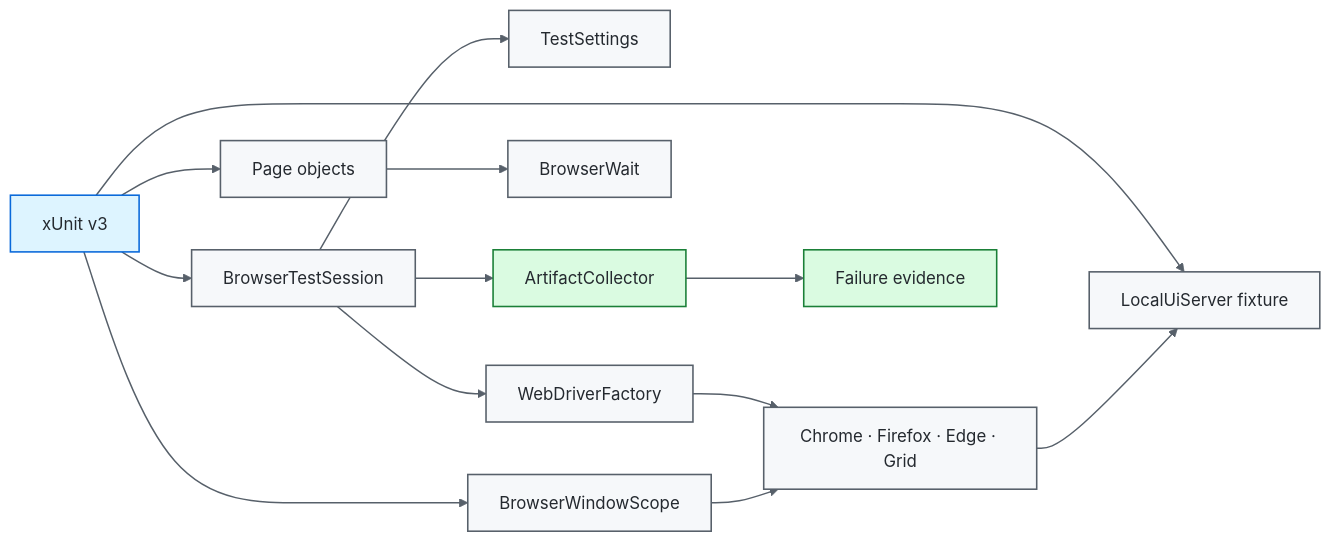
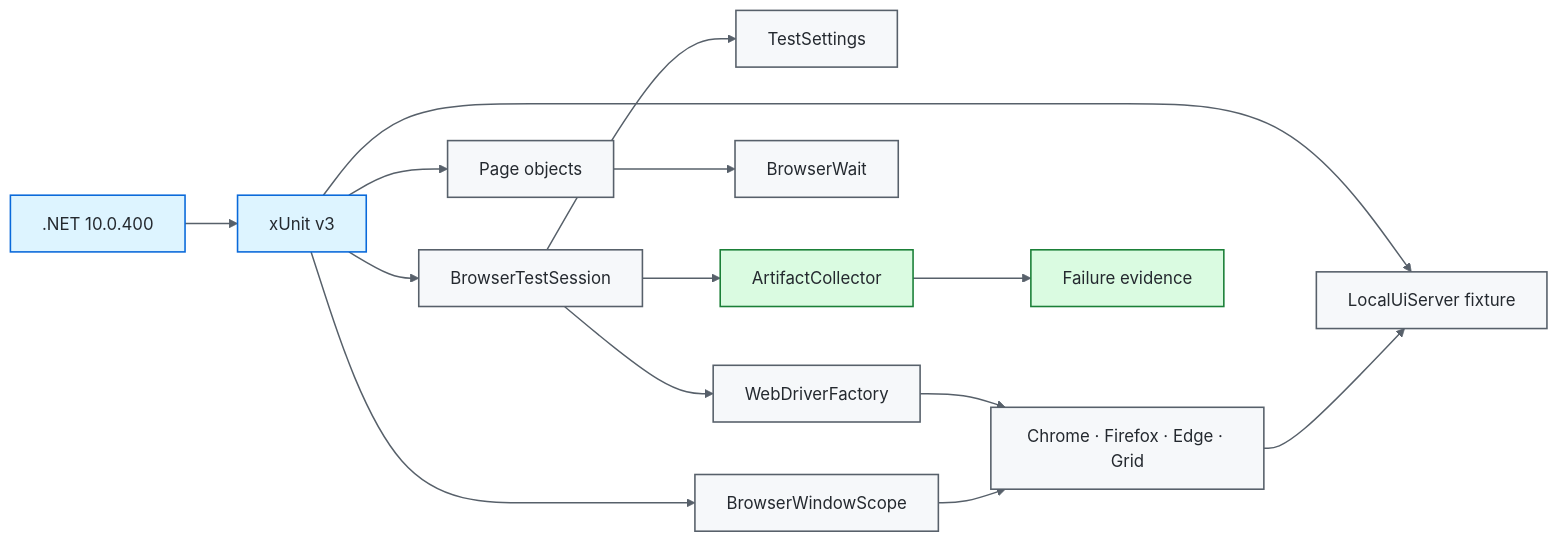
The first of 2 diagrams in README.md (portyu9/qa-automation-dotnet-selenium), drawn with Mermaid before and after one commit. The commit also changed other lines of this file, not shown here.

Commit message:
docs: align Selenium framework with .NET 10 security contract

````diff
--- a/README.md
+++ b/README.md
@@ -39,23 +42,24 @@
 ```mermaid
 flowchart LR
-    TEST[xUnit v3] --> SESSION[BrowserTestSession]
+    SDK[.NET 10.0.400] --> TEST[xUnit v3]
+    TEST --> SESSION[BrowserTestSession]
     SESSION --> CFG[TestSettings]
     SESSION --> DRIVER[WebDriverFactory]
     TEST --> PAGE[Page objects]
     PAGE --> WAIT[BrowserWait]
     TEST --> FIX[LocalUiServer fixture]
     TEST --> WINDOW[BrowserWindowScope]
     DRIVER --> BROWSER[Chrome · Firefox · Edge · Grid]
     BROWSER --> FIX
     WINDOW --> BROWSER
     SESSION --> ART[ArtifactCollector]
     ART --> EV[Failure evidence]
 
     classDef entry fill:#ddf4ff,stroke:#0969da,color:#24292f,stroke-width:1.5px;
     classDef core fill:#f6f8fa,stroke:#57606a,color:#24292f,stroke-width:1.5px;
     classDef evidence fill:#dafbe1,stroke:#1a7f37,color:#24292f,stroke-width:1.5px;
-    class TEST entry;
+    class SDK,TEST entry;
     class SESSION,CFG,DRIVER,PAGE,WAIT,FIX,WINDOW,BROWSER core;
     class ART,EV evidence;
     linkStyle default stroke:#57606a,stroke-width:1.4px;
 ```
````
